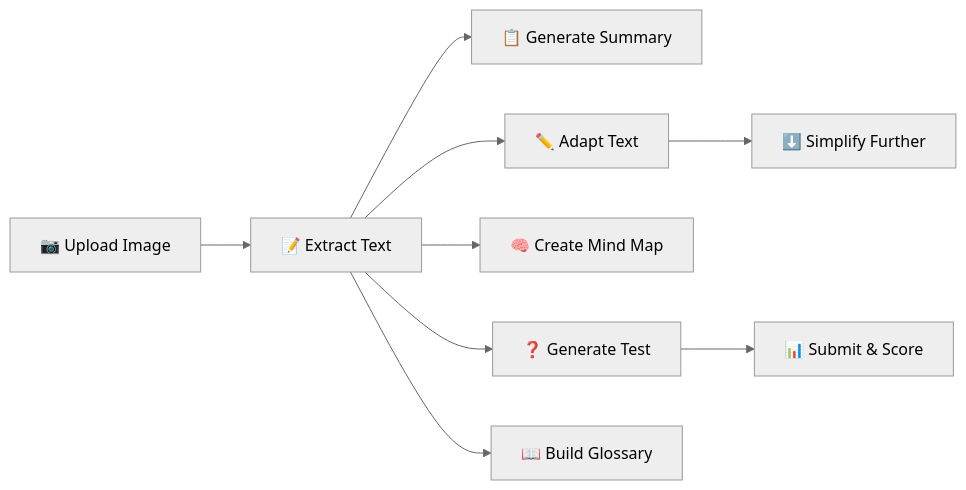
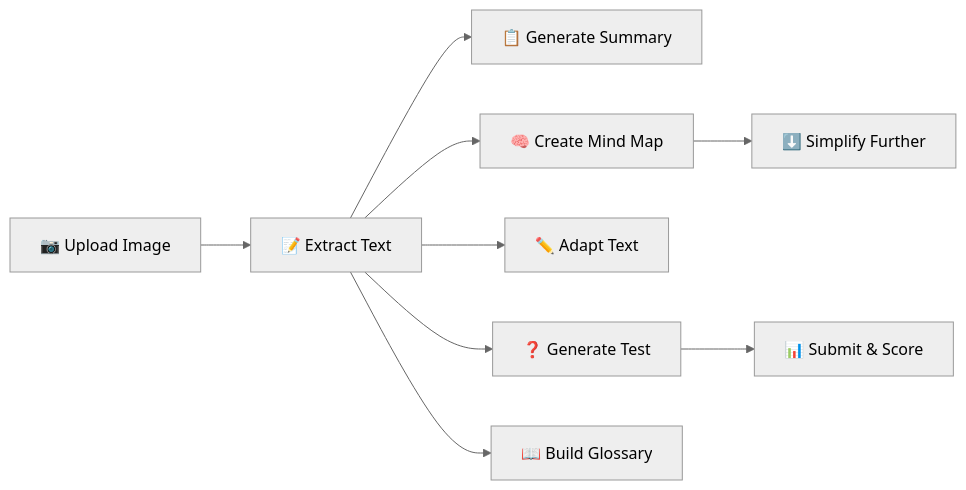
Before and after one commit to bentwnghk/reading-assistant: the diagram in README.md, drawn with Mermaid (neutral theme). The commit also changed other lines of this file, not shown here.

````diff
--- a/README.md
+++ b/README.md
@@ -71,12 +71,12 @@
 ```mermaid
 flowchart LR
     A[📷 Upload Image] --> B[📝 Extract Text]
     B --> C[📋 Generate Summary]
-    B --> D[✏️ Adapt Text]
-    B --> E[🧠 Create Mind Map]
+    B --> D[🧠 Create Mind Map]
+    B --> E[✏️ Adapt Text]
     B --> F[❓ Generate Test]
     B --> G[📖 Build Glossary]
     
-    D --> D2[⬇️ Simplify Further]
+    D --> E2[⬇️ Simplify Further]
     F --> F2[📊 Submit & Score]
 ```
````
